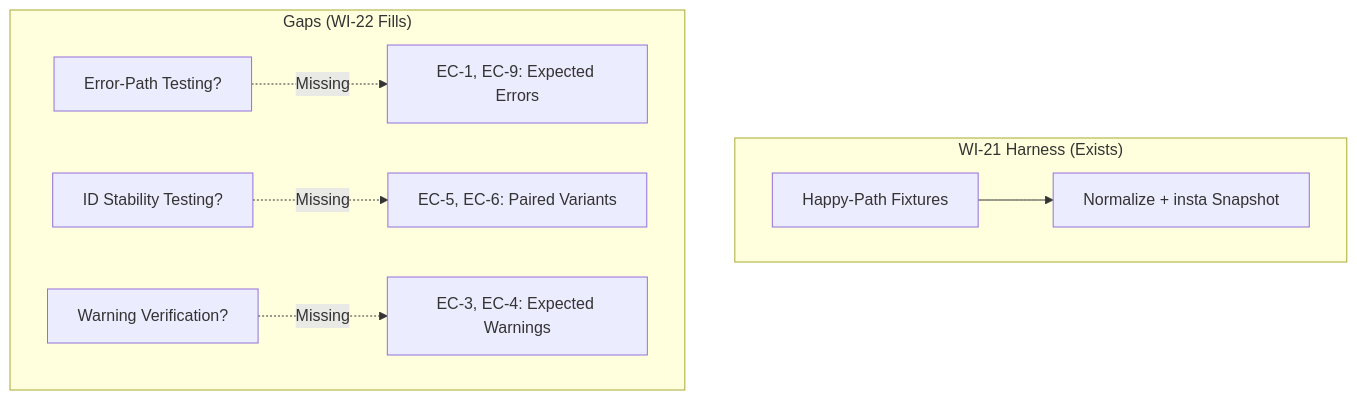
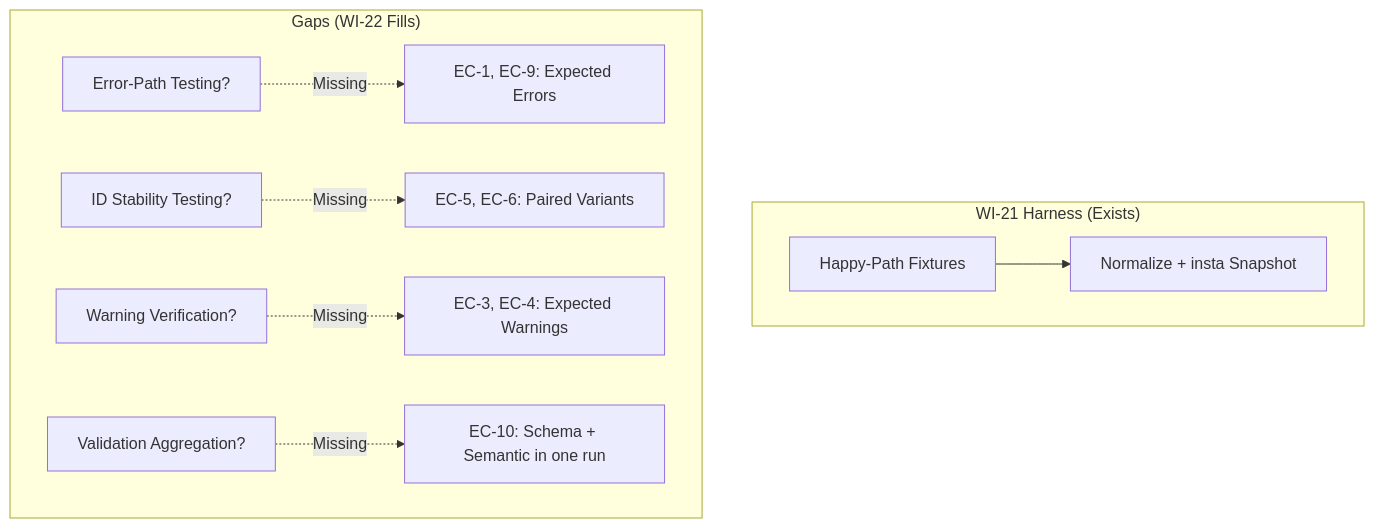
One commit to policy-forge/forge changed the first of 6 diagrams in docs/AR/022-ar-golden-file-edge-cases.md. Above: the diagram before and after it, drawn with Mermaid. The commit also changed other lines of this file and 50 other files, not shown here.

````diff
--- a/docs/AR/022-ar-golden-file-edge-cases.md
+++ b/docs/AR/022-ar-golden-file-edge-cases.md
@@ -82,11 +83,12 @@
 ```mermaid
 graph TD
     subgraph "WI-21 Harness (Exists)"
         H1[Happy-Path Fixtures] --> Compare[Normalize + insta Snapshot]
     end
     subgraph "Gaps (WI-22 Fills)"
         E1["Error-Path Testing?"] -.->|"Missing"| EP[EC-1, EC-9: Expected Errors]
         E2["ID Stability Testing?"] -.->|"Missing"| ID[EC-5, EC-6: Paired Variants]
         E3["Warning Verification?"] -.->|"Missing"| WN[EC-3, EC-4: Expected Warnings]
+        E4["Validation Aggregation?"] -.->|"Missing"| VA[EC-10: Schema + Semantic in one run]
     end
 ```
````
